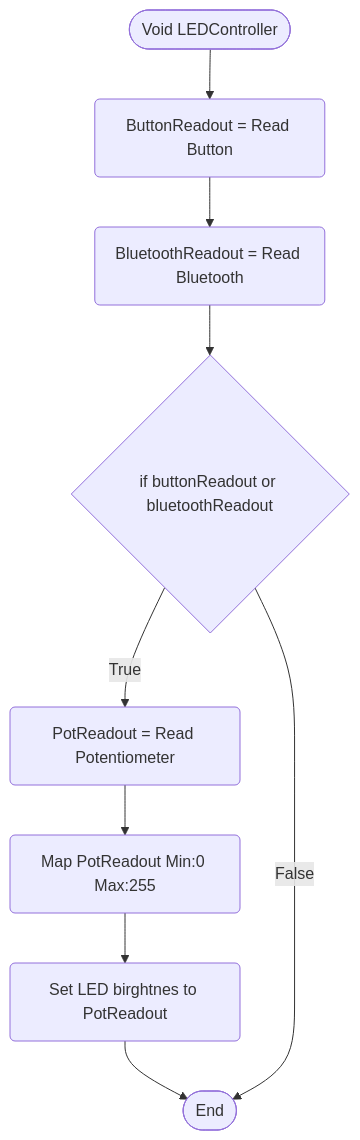
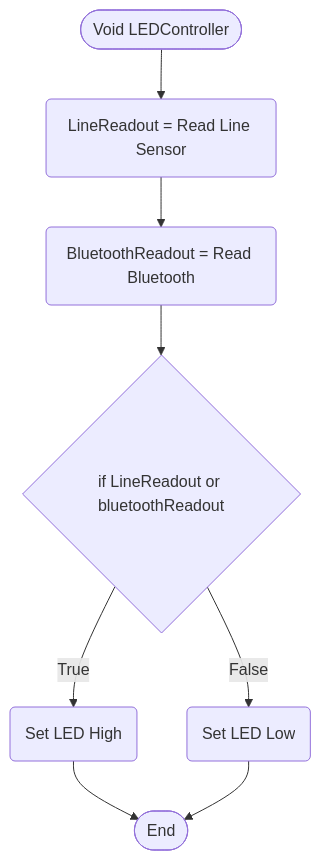
One commit to TheDjgamerProductions/Robotics2022 changed the fourth of 5 diagrams in Assessments/Assessment_2_Smart_Device_House/Logic.md. Above: the diagram before and after it, drawn with Mermaid. The commit also changed other lines of this file, not shown here.

````diff
--- a/Assessments/Assessment_2_Smart_Device_House/Logic.md
+++ b/Assessments/Assessment_2_Smart_Device_House/Logic.md
@@ -31,14 +60,13 @@
 ```mermaid
   flowchart TD
     terminalStart([Void LEDController])
     terminalEnd([End])
-    readPot(PotReadout = Read Potentiometer)
-    mapReadout(Map PotReadout Min:0 Max:255)
-    buttonReadout(ButtonReadout = Read Button)
+    LineReadout(LineReadout = Read Line Sensor)
     bluetoothReadout(BluetoothReadout = Read Bluetooth)
-    setLED(Set LED birghtnes to PotReadout)
-    ifButtonandBluetooth{if buttonReadout or bluetoothReadout}
-    terminalStart --> buttonReadout --> bluetoothReadout --> ifButtonandBluetooth
-    ifButtonandBluetooth --> |True| readPot --> mapReadout --> setLED --> terminalEnd
-    ifButtonandBluetooth --> |False| terminalEnd 
+    setLED(Set LED High)
+    LEDoff(Set LED Low)
+    ifButtonandBluetooth{if LineReadout or bluetoothReadout}
+    terminalStart --> LineReadout --> bluetoothReadout --> ifButtonandBluetooth
+    ifButtonandBluetooth --> |True| setLED --> terminalEnd
+    ifButtonandBluetooth --> |False| LEDoff --> terminalEnd 
 ```
````
